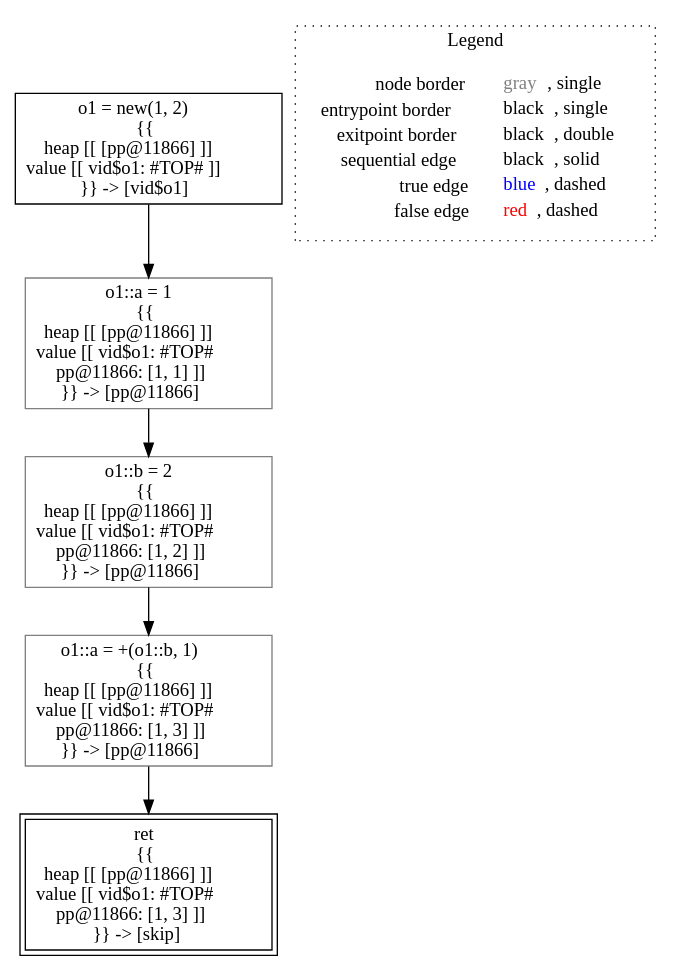
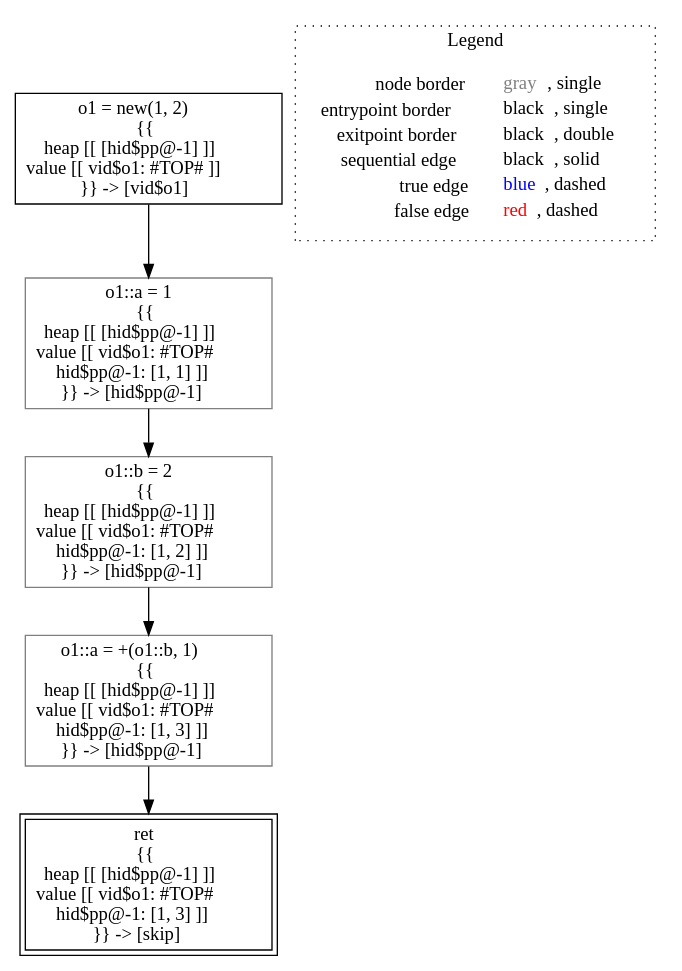
The diagram in lisa/imp-testcases/heap/point-based-heap/field-insensitive/analysis___untyped_A.f1().dot (lisa-analyzer/lisa), drawn with Graphviz before and after one commit. The commit also changed 14 other files, not shown here.

```diff
--- a/lisa/imp-testcases/heap/point-based-heap/field-insensitive/analysis___untyped_A.f1().dot
+++ b/lisa/imp-testcases/heap/point-based-heap/field-insensitive/analysis___untyped_A.f1().dot
@@ -1,18 +1,18 @@
 digraph {
-	"node0" [shape="rect",color="black",label=<o1 = new(1, 2)<BR/>{{<BR/>heap [[ [pp@11866] ]]<BR/>value [[ vid$o1: #TOP# ]]<BR/>}} -&gt; [vid$o1]>];
-	"node1" [shape="rect",color="gray",label=<o1::a = 1<BR/>{{<BR/>heap [[ [pp@11866] ]]<BR/>value [[ vid$o1: #TOP#<BR/>pp@11866: [1, 1] ]]<BR/>}} -&gt; [pp@11866]>];
-	"node2" [shape="rect",color="black",peripheries="2",label=<ret<BR/>{{<BR/>heap [[ [pp@11866] ]]<BR/>value [[ vid$o1: #TOP#<BR/>pp@11866: [1, 3] ]]<BR/>}} -&gt; [skip]>];
-	"node3" [shape="rect",color="gray",label=<o1::b = 2<BR/>{{<BR/>heap [[ [pp@11866] ]]<BR/>value [[ vid$o1: #TOP#<BR/>pp@11866: [1, 2] ]]<BR/>}} -&gt; [pp@11866]>];
-	"node4" [shape="rect",color="gray",label=<o1::a = +(o1::b, 1)<BR/>{{<BR/>heap [[ [pp@11866] ]]<BR/>value [[ vid$o1: #TOP#<BR/>pp@11866: [1, 3] ]]<BR/>}} -&gt; [pp@11866]>];
-	"node1" -> "node3" [color="black"];
+	"node0" [shape="rect",color="black",label=<o1 = new(1, 2)<BR/>{{<BR/>heap [[ [hid$pp@-1] ]]<BR/>value [[ vid$o1: #TOP# ]]<BR/>}} -&gt; [vid$o1]>];
+	"node1" [shape="rect",color="gray",label=<o1::a = 1<BR/>{{<BR/>heap [[ [hid$pp@-1] ]]<BR/>value [[ vid$o1: #TOP#<BR/>hid$pp@-1: [1, 1] ]]<BR/>}} -&gt; [hid$pp@-1]>];
+	"node2" [shape="rect",color="black",peripheries="2",label=<ret<BR/>{{<BR/>heap [[ [hid$pp@-1] ]]<BR/>value [[ vid$o1: #TOP#<BR/>hid$pp@-1: [1, 3] ]]<BR/>}} -&gt; [skip]>];
+	"node3" [shape="rect",color="gray",label=<o1::a = +(o1::b, 1)<BR/>{{<BR/>heap [[ [hid$pp@-1] ]]<BR/>value [[ vid$o1: #TOP#<BR/>hid$pp@-1: [1, 3] ]]<BR/>}} -&gt; [hid$pp@-1]>];
+	"node4" [shape="rect",color="gray",label=<o1::b = 2<BR/>{{<BR/>heap [[ [hid$pp@-1] ]]<BR/>value [[ vid$o1: #TOP#<BR/>hid$pp@-1: [1, 2] ]]<BR/>}} -&gt; [hid$pp@-1]>];
+	"node1" -> "node4" [color="black"];
 	"node0" -> "node1" [color="black"];
-	"node3" -> "node4" [color="black"];
-	"node4" -> "node2" [color="black"];
+	"node3" -> "node2" [color="black"];
+	"node4" -> "node3" [color="black"];
 subgraph cluster_legend {
 	label="Legend";
 	style=dotted;
 	node [shape=plaintext];
 	"legend" [label=<<table border="0" cellpadding="2" cellspacing="0" cellborder="0"><tr><td align="right">node border&nbsp;</td><td align="left"><font color="gray">gray</font>, single</td></tr><tr><td align="right">entrypoint border&nbsp;</td><td align="left"><font color="black">black</font>, single</td></tr><tr><td align="right">exitpoint border&nbsp;</td><td align="left"><font color="black">black</font>, double</td></tr><tr><td align="right">sequential edge&nbsp;</td><td align="left"><font color="black">black</font>, solid</td></tr><tr><td align="right">true edge&nbsp;</td><td align="left"><font color="blue">blue</font>, dashed</td></tr><tr><td align="right">false edge&nbsp;</td><td align="left"><font color="red">red</font>, dashed</td></tr></table>>];
 }
 
 }
```
